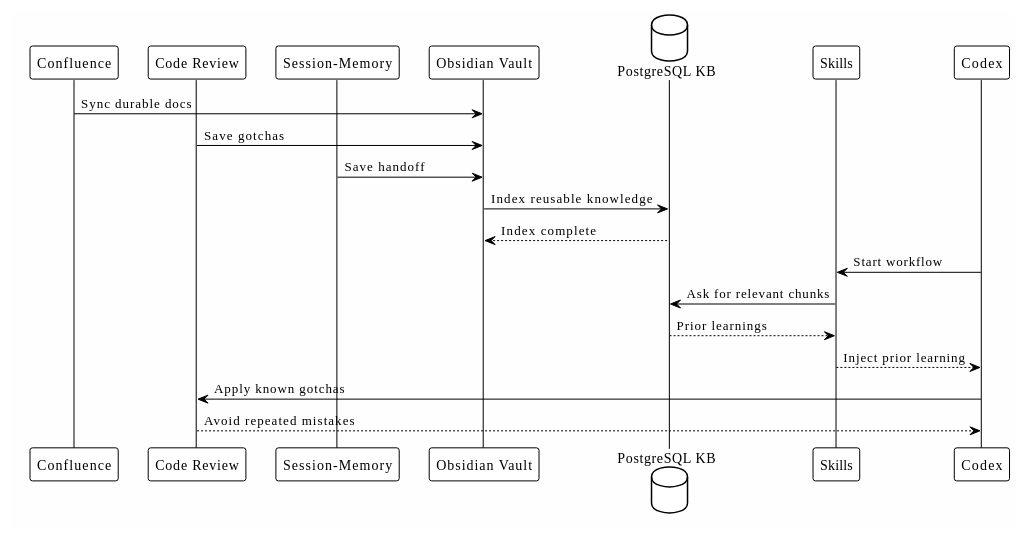
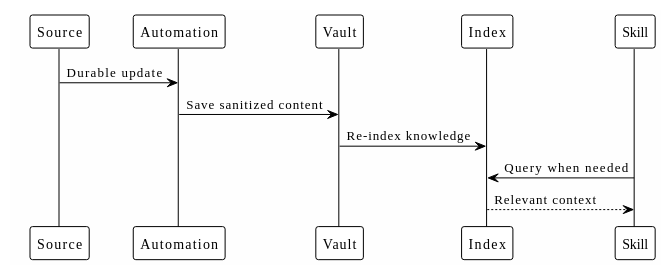
Before and after one commit to ivanhoinacki/codex-workflow-workbook: the diagram in docs/14-automation-sync.md, drawn with PlantUML. The commit also changed other lines of this file and 39 other files, not shown here.

````diff
--- a/docs/14-automation-sync.md
+++ b/docs/14-automation-sync.md
@@ -28,26 +28,18 @@
 ```plantuml
 @startuml
 !theme plain
 skinparam backgroundColor #FEFEFE
 
-participant Confluence
-participant "Code Review" as Review
-participant "Session-Memory" as Memory
-participant "Obsidian Vault" as Vault
-database "PostgreSQL KB" as DB
-participant Skills
-participant Codex
+participant Source
+participant Automation
+participant Vault
+participant Index
+participant Skill
 
-Confluence -> Vault: Sync durable docs
-Review -> Vault: Save gotchas
-Memory -> Vault: Save handoff
-Vault -> DB: Index reusable knowledge
-DB --> Vault: Index complete
-Codex -> Skills: Start workflow
-Skills -> DB: Ask for relevant chunks
-DB --> Skills: Prior learnings
-Skills --> Codex: Inject prior learning
-Codex -> Review: Apply known gotchas
-Review --> Codex: Avoid repeated mistakes
+Source -> Automation: Durable update
+Automation -> Vault: Save sanitized content
+Vault -> Index: Re-index knowledge
+Skill -> Index: Query when needed
+Index --> Skill: Relevant context
 @enduml
 ```
````
